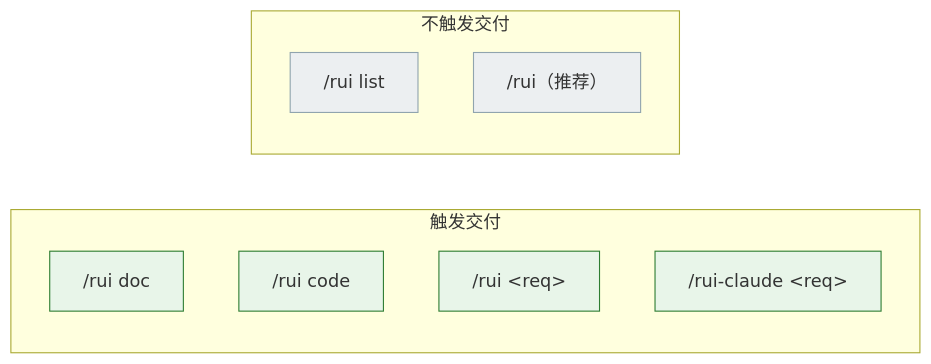
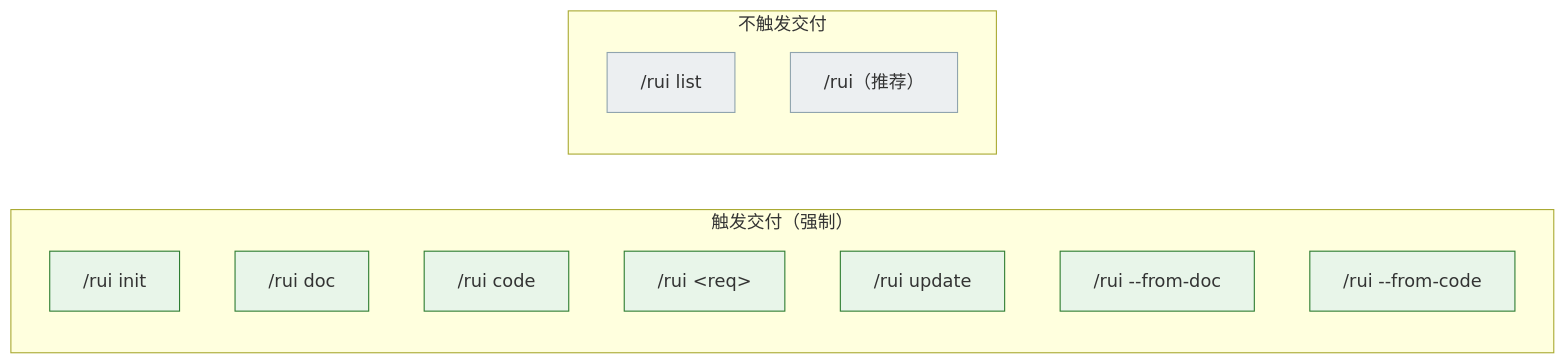
One commit to effiy/YrY changed the second of 10 diagrams in rules/delivery-gate.md. Above: the diagram before and after it, drawn with Mermaid. The commit also changed other lines of this file and 3 other files, not shown here.

````diff
--- a/rules/delivery-gate.md
+++ b/rules/delivery-gate.md
@@ -42,16 +42,19 @@
 ```mermaid
 flowchart LR
-    subgraph 触发["触发交付"]
-        T1["/rui doc"]:::yes
-        T2["/rui code"]:::yes
-        T3["/rui &lt;req&gt;"]:::yes
-        T4["/rui-claude &lt;req&gt;"]:::yes
+    subgraph 触发["触发交付（强制）"]
+        T1["/rui init"]:::yes
+        T2["/rui doc"]:::yes
+        T3["/rui code"]:::yes
+        T4["/rui &lt;req&gt;"]:::yes
+        T5["/rui update"]:::yes
+        T6["/rui --from-doc"]:::yes
+        T7["/rui --from-code"]:::yes
     end
     subgraph 不触发["不触发交付"]
         N1["/rui list"]:::no
         N2["/rui（推荐）"]:::no
     end
 
     classDef yes fill:#e8f5e9,stroke:#2e7d32;
     classDef no fill:#eceff1,stroke:#90a4ae;
 ```
````
